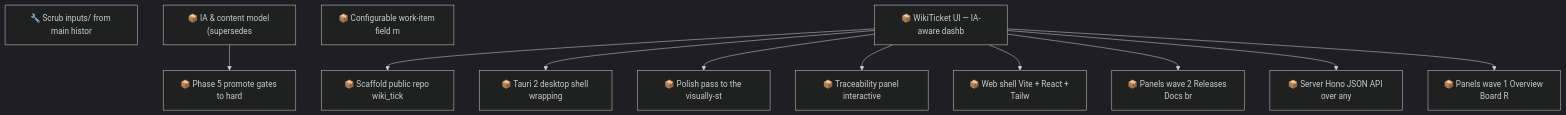
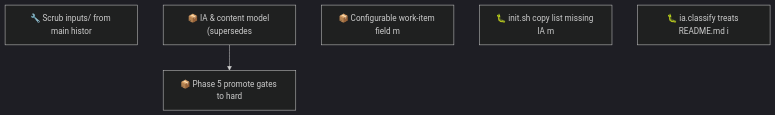
Before and after one commit to SpillwaveSolutions/wiki_ticket_sdd: the second of 2 diagrams in docs/roadmap.md, drawn with Mermaid (dark theme). The commit also changed other lines of this file and 10 other files, not shown here.

First line of the commit message:
chore(sync): UI tracking moved to wiki_ticket_sdd_ui — epic 01KY5VY0TD + items cancelled (moved), #113-#121 closed; init.sh IA-modules bug filed (01KY5ZY3ZX), classify README bug filed

````diff
--- a/docs/roadmap.md
+++ b/docs/roadmap.md
@@ -109,25 +70,10 @@
 ```mermaid
 graph TD
     01KY2KHHF43KAZ54F57BQW71TD["🔧 Scrub inputs/ from main histor"]
     01KY5G9ZW0H2YMNWDFJYGRPYE5["📦 IA & content model (supersedes"]
     01KY5G9ZW0RABXWHEMEP1FAV2G["📦 Phase 5 promote gates to hard"]
     01KY5NE0ZYGBWG44N0KPEBFCZ8["📦 Configurable work-item field m"]
-    01KY5VY0TDSWJE6W80CNCWA8QA["📦 WikiTicket UI — IA-aware dashb"]
-    01KY5VY0TDTD7PQDT6EVD5AG9N["📦 Scaffold public repo wiki_tick"]
-    01KY5VY0TE7G7ZC5W20T3KAXJ7["📦 Tauri 2 desktop shell wrapping"]
-    01KY5VY0TE8B6RXVX1MQYJZ0TH["📦 Polish pass to the visually-st"]
-    01KY5VY0TE8EZPWNZPZWSPTSAR["📦 Traceability panel interactive"]
-    01KY5VY0TEK8XSGP2SG57GF0KT["📦 Web shell Vite + React + Tailw"]
-    01KY5VY0TEKXBXK91S9ZFZTJZ5["📦 Panels wave 2 Releases Docs br"]
-    01KY5VY0TEW87KK6AW6FQTYGZ9["📦 Server Hono JSON API over any"]
-    01KY5VY0TEWBMZK5W6YJN5FQ9D["📦 Panels wave 1 Overview Board R"]
+    01KY5ZY3ZX2Z4F73Y0BT0M0NR5["🐛 init.sh copy list missing IA m"]
+    01KY6037BN94086PR1QP0CM7XC["🐛 ia.classify treats README.md i"]
     01KY5G9ZW0H2YMNWDFJYGRPYE5 --> 01KY5G9ZW0RABXWHEMEP1FAV2G
-    01KY5VY0TDSWJE6W80CNCWA8QA --> 01KY5VY0TDTD7PQDT6EVD5AG9N
-    01KY5VY0TDSWJE6W80CNCWA8QA --> 01KY5VY0TE7G7ZC5W20T3KAXJ7
-    01KY5VY0TDSWJE6W80CNCWA8QA --> 01KY5VY0TE8B6RXVX1MQYJZ0TH
-    01KY5VY0TDSWJE6W80CNCWA8QA --> 01KY5VY0TE8EZPWNZPZWSPTSAR
-    01KY5VY0TDSWJE6W80CNCWA8QA --> 01KY5VY0TEK8XSGP2SG57GF0KT
-    01KY5VY0TDSWJE6W80CNCWA8QA --> 01KY5VY0TEKXBXK91S9ZFZTJZ5
-    01KY5VY0TDSWJE6W80CNCWA8QA --> 01KY5VY0TEW87KK6AW6FQTYGZ9
-    01KY5VY0TDSWJE6W80CNCWA8QA --> 01KY5VY0TEWBMZK5W6YJN5FQ9D
 ```
````
